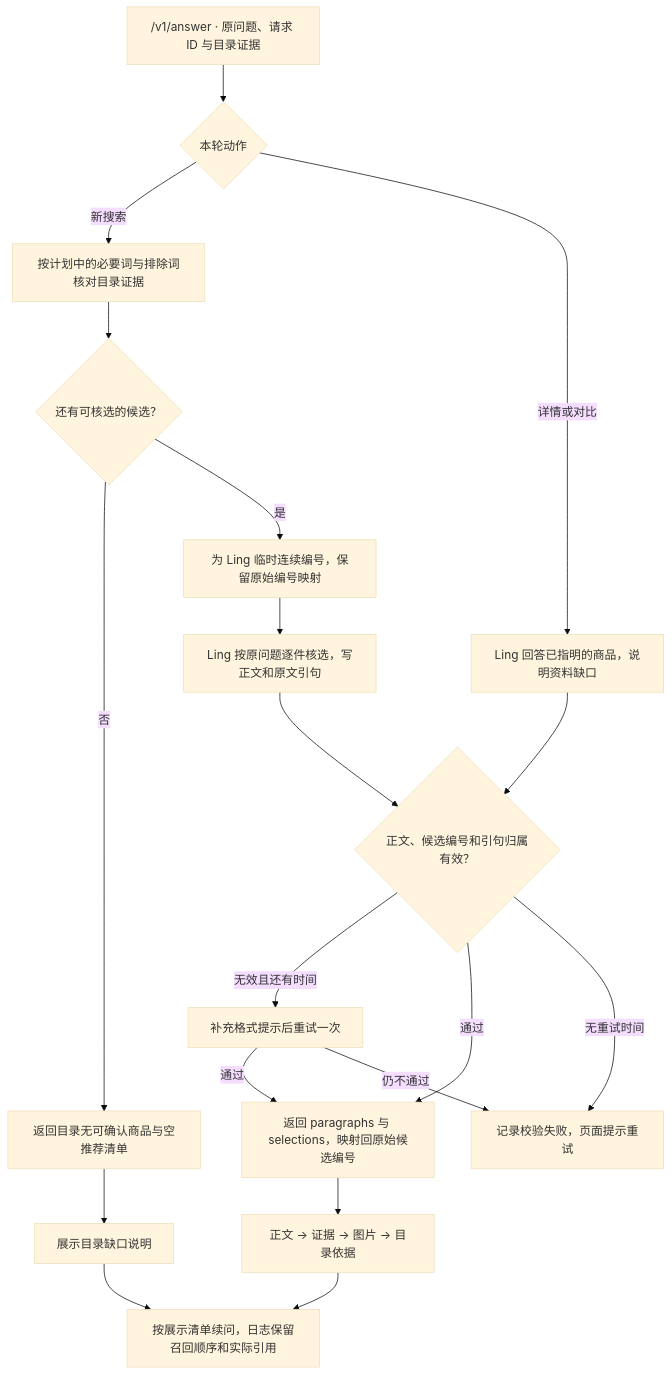
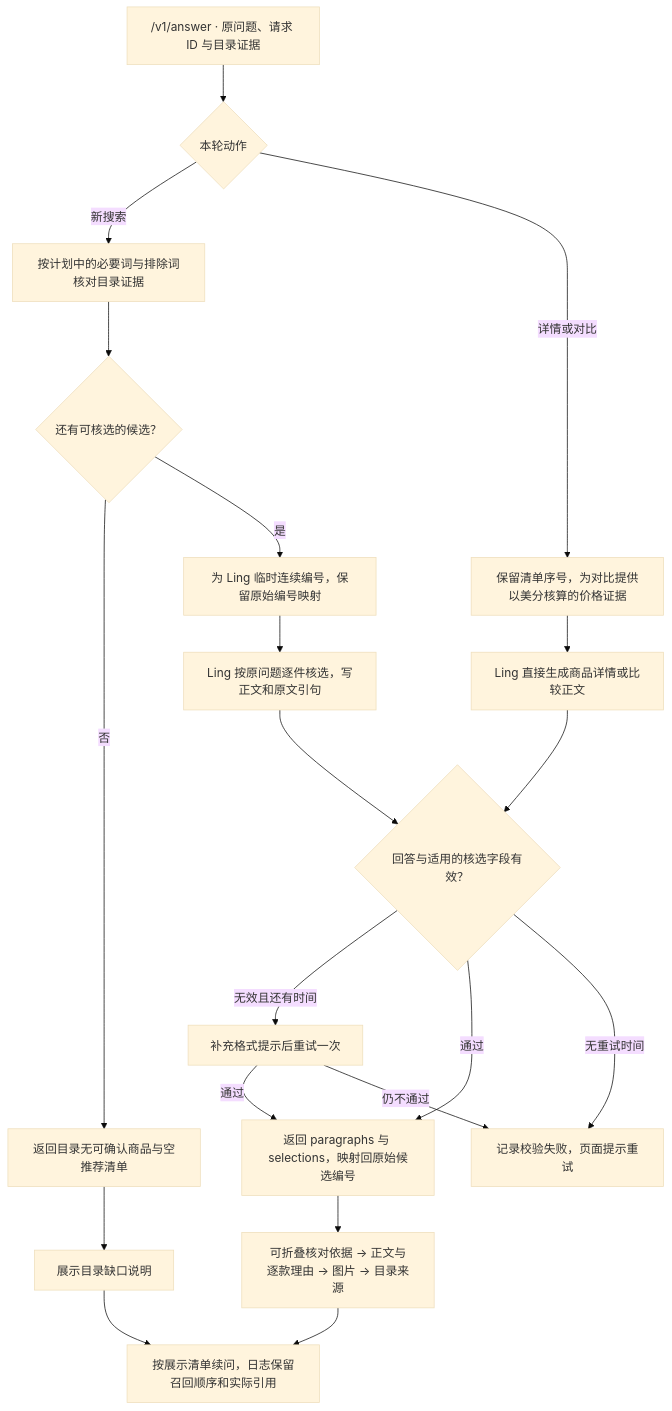
The third of 4 diagrams in docs/ARCHITECTURE.md (AaronYue77/webshop-ling-rag), drawn with Mermaid (base theme) before and after one commit. The commit also changed 11 other files, not shown here.

````diff
--- a/docs/ARCHITECTURE.md
+++ b/docs/ARCHITECTURE.md
@@ -81,21 +81,22 @@
 ```mermaid
 flowchart TD
   RECEIVE["/v1/answer · 原问题、请求 ID 与目录证据"] --> ACTION{"本轮动作"}
   ACTION -->|新搜索| VERIFY["按计划中的必要词与排除词核对目录证据"]
   VERIFY --> ELIGIBLE{"还有可核选的候选？"}
   ELIGIBLE -->|否| EMPTY["返回目录无可确认商品与空推荐清单"]
   ELIGIBLE -->|是| RENUMBER["为 Ling 临时连续编号，保留原始编号映射"]
   RENUMBER --> SELECT["Ling 按原问题逐件核选，写正文和原文引句"]
-  ACTION -->|详情或对比| DESCRIBE["Ling 回答已指明的商品，说明资料缺口"]
-  SELECT --> VALIDATE{"正文、候选编号和引句归属有效？"}
+  ACTION -->|详情或对比| EVIDENCE["保留清单序号，为对比提供以美分核算的价格证据"]
+  EVIDENCE --> DESCRIBE["Ling 直接生成商品详情或比较正文"]
+  SELECT --> VALIDATE{"回答与适用的核选字段有效？"}
   DESCRIBE --> VALIDATE
   VALIDATE -->|无效且还有时间| REGEN["补充格式提示后重试一次"]
   REGEN -->|通过| RETURN["返回 paragraphs 与 selections，映射回原始候选编号"]
   VALIDATE -->|通过| RETURN
   REGEN -->|仍不通过| ERROR["记录校验失败，页面提示重试"]
   VALIDATE -->|无重试时间| ERROR
-  RETURN --> SHOW["正文 → 证据 → 图片 → 目录依据"]
+  RETURN --> SHOW["可折叠核对依据 → 正文与逐款理由 → 图片 → 目录来源"]
   EMPTY --> SHOWEMPTY["展示目录缺口说明"]
   SHOW --> HISTORY["按展示清单续问，日志保留召回顺序和实际引用"]
   SHOWEMPTY --> HISTORY
 ```
````
